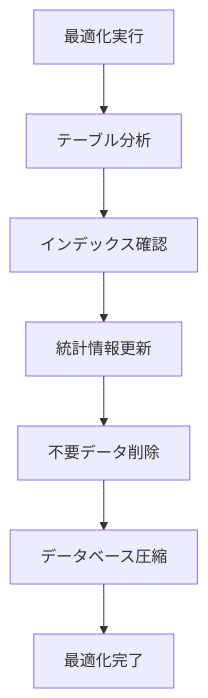
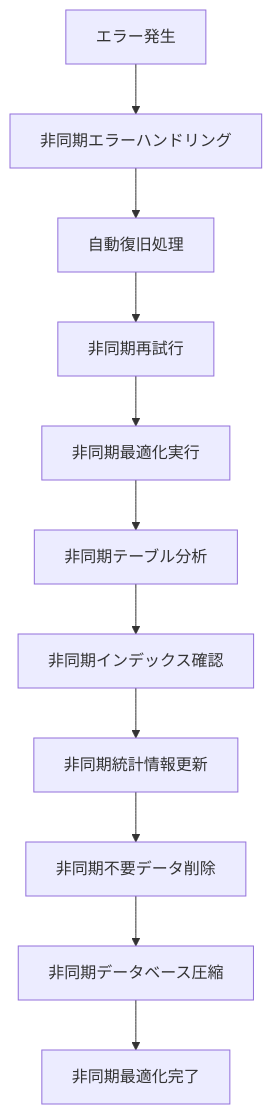
The tenth of 12 diagrams in docs/関数フロー図.md (takashi-oi/qc_ariken_tpkyo), drawn with Mermaid before and after one commit. The commit also changed other lines of this file and 28 other files, not shown here.

````diff
--- a/docs/関数フロー図.md
+++ b/docs/関数フロー図.md
@@ -198,9 +233,14 @@
 ```mermaid
 graph TD
-    A[最適化実行] --> B[テーブル分析]
-    B --> C[インデックス確認]
-    C --> D[統計情報更新]
-    D --> E[不要データ削除]
-    E --> F[データベース圧縮]
-    F --> G[最適化完了]
-``` 
+    A[非同期最適化実行] --> B[非同期テーブル分析]
+    B --> C[非同期インデックス確認]
+    C --> D[非同期統計情報更新]
+    D --> E[非同期不要データ削除]
+    E --> F[非同期データベース圧縮]
+    F --> G[非同期最適化完了]
+
+    H[エラー発生] --> I[非同期エラーハンドリング]
+    I --> J[自動復旧処理]
+    J --> K[非同期再試行]
+    K --> A
+```
````
